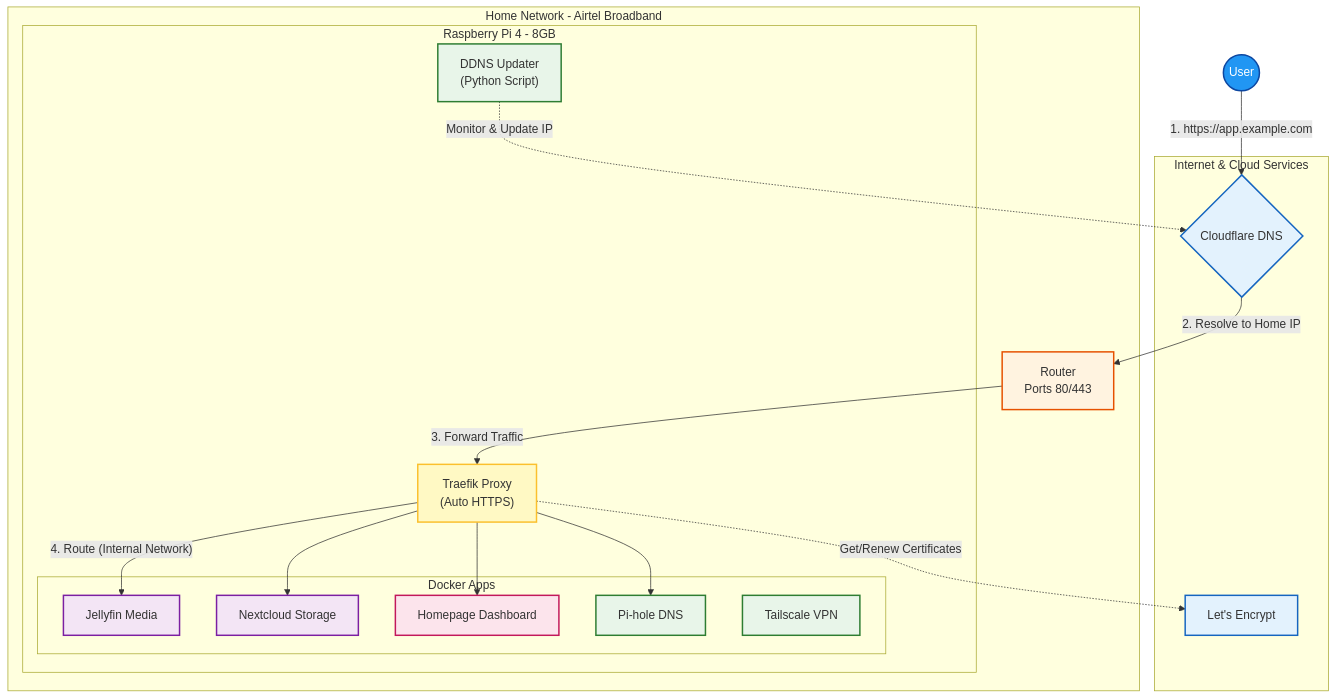
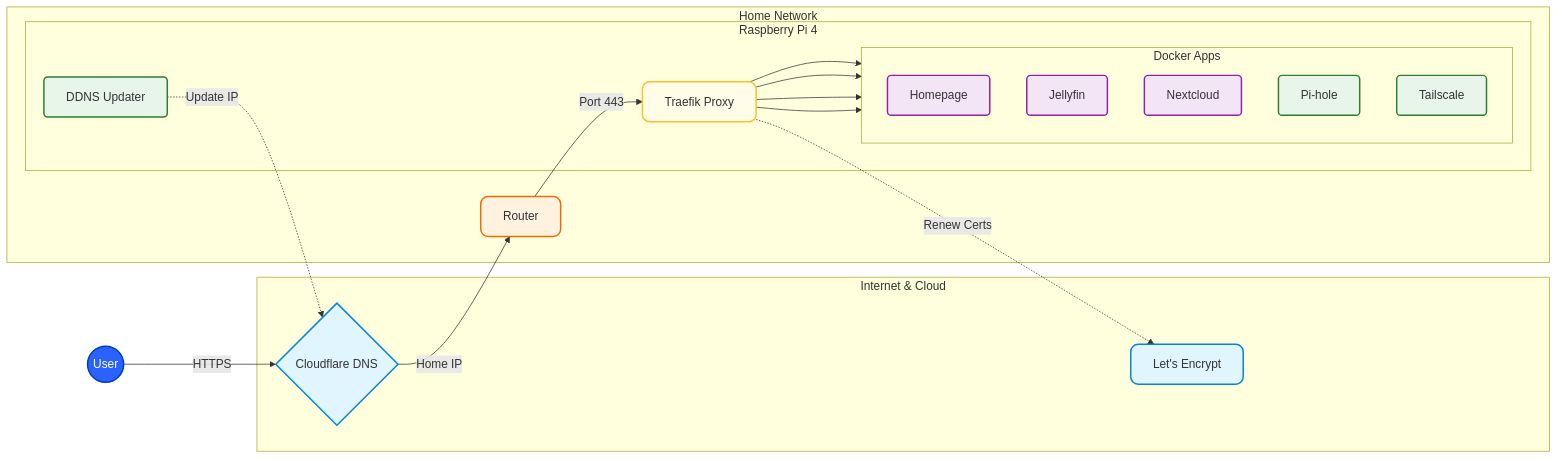
The diagram in README.md (charan-altro/self-host-lab), drawn with Mermaid before and after one commit.

````diff
--- a/README.md
+++ b/README.md
@@ -9,48 +9,49 @@
 ```mermaid
-graph TD
+graph LR
     %% Define Styles
-    classDef user fill:#2196f3,stroke:#0d47a1,stroke-width:2px,color:white
-    classDef cloud fill:#e3f2fd,stroke:#1565c0,stroke-width:2px
-    classDef router fill:#fff3e0,stroke:#e65100,stroke-width:2px
-    classDef proxy fill:#fff9c4,stroke:#fbc02d,stroke-width:2px
-    classDef media fill:#f3e5f5,stroke:#7b1fa2,stroke-width:2px
-    classDef net fill:#e8f5e9,stroke:#2e7d32,stroke-width:2px
-    classDef dash fill:#fce4ec,stroke:#c2185b,stroke-width:2px
+    classDef user fill:#2962FF,stroke:#0039CB,stroke-width:2px,color:white,rx:50,ry:50
+    classDef cloud fill:#E1F5FE,stroke:#0288D1,stroke-width:2px,rx:10,ry:10
+    classDef router fill:#FFF3E0,stroke:#EF6C00,stroke-width:2px,rx:10,ry:10
+    classDef proxy fill:#FFFDE7,stroke:#FBC02D,stroke-width:2px,rx:10,ry:10
+    classDef app fill:#F3E5F5,stroke:#8E24AA,stroke-width:2px,rx:5,ry:5
+    classDef net fill:#E8F5E9,stroke:#2E7D32,stroke-width:2px,rx:5,ry:5
 
     User((User)):::user
     
-    subgraph Cloud [Internet & Cloud Services]
+    subgraph Cloud [Internet & Cloud]
         CF_DNS{Cloudflare DNS}:::cloud
         LE[Let's Encrypt]:::cloud
     end
     
-    subgraph Home [Home Network - Airtel Broadband]
-        Router["Router<br/>Ports 80/443"]:::router
+    subgraph Home [Home Network]
+        Router[Router]:::router
         
-        subgraph RPi [Raspberry Pi 4 - 8GB]
-            Traefik["Traefik Proxy<br/>(Auto HTTPS)"]:::proxy
-            DDNS["DDNS Updater<br/>(Python Script)"]:::net
+        subgraph RPi [Raspberry Pi 4]
+            Traefik[Traefik Proxy]:::proxy
+            DDNS[DDNS Updater]:::net
             
-            subgraph Services [Docker Apps]
-                Jellyfin[Jellyfin Media]:::media
-                Nextcloud[Nextcloud Storage]:::media
-                Homepage[Homepage Dashboard]:::dash
-                PiHole[Pi-hole DNS]:::net
-                Tailscale[Tailscale VPN]:::net
+            subgraph Docker [Docker Apps]
+                direction TB
+                Homepage[Homepage]:::app
+                Jellyfin[Jellyfin]:::app
+                Nextcloud[Nextcloud]:::app
+                PiHole[Pi-hole]:::net
+                Tailscale[Tailscale]:::net
             end
         end
     end
 
     %% Main Traffic Flow
-    User -->|1. https://app.example.com| CF_DNS
-    CF_DNS -->|2. Resolve to Home IP| Router
-    Router -->|3. Forward Traffic| Traefik
-    Traefik -->|"4. Route (Internal Network)"| Jellyfin
+    User -->|HTTPS| CF_DNS
+    CF_DNS -->|Home IP| Router
+    Router -->|Port 443| Traefik
+    
     Traefik --> Homepage
+    Traefik --> Jellyfin
     Traefik --> Nextcloud
     Traefik --> PiHole
 
     %% Automation Flows
-    DDNS -.->|Monitor & Update IP| CF_DNS
-    Traefik -.->|Get/Renew Certificates| LE
+    DDNS -.->|Update IP| CF_DNS
+    Traefik -.->|Renew Certs| LE
 ```
````
